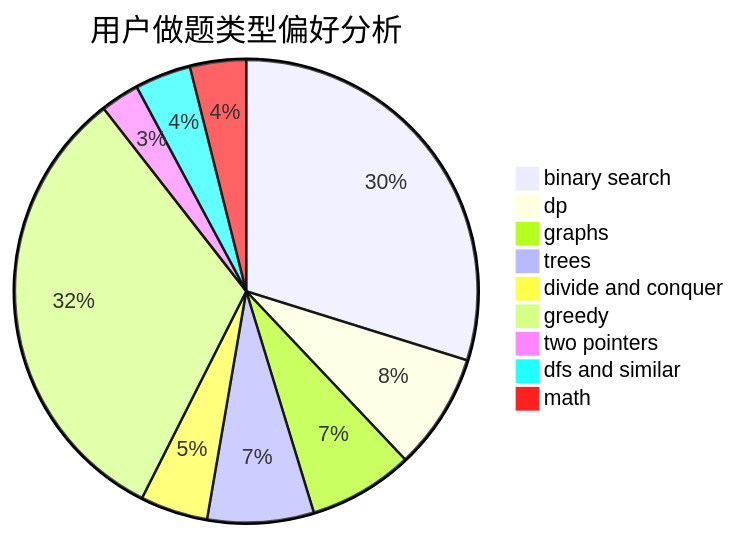
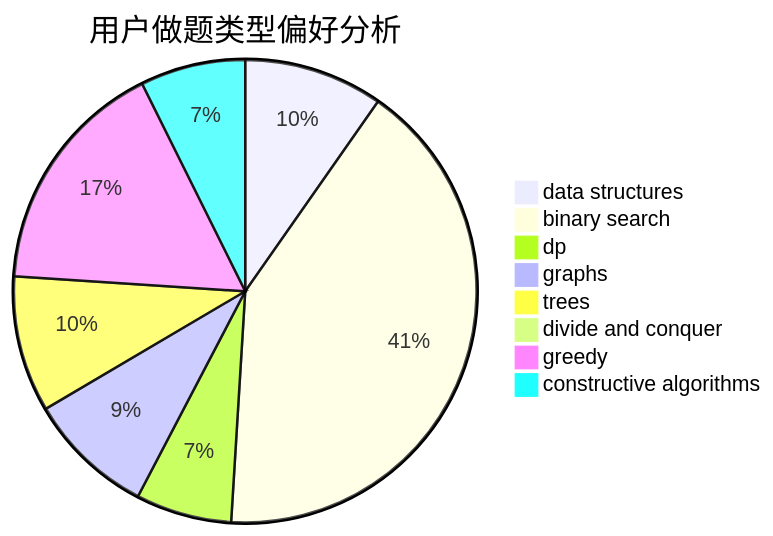
One commit to sherpahu/cfrs.github.io changed the second of 3 diagrams in docs/user/u2494.md. Above: the diagram before and after it, drawn with Mermaid. The commit also changed other lines of this file and 2775 other files, not shown here.

````diff
--- a/docs/user/u2494.md
+++ b/docs/user/u2494.md
@@ -23,12 +23,11 @@
 ```mermaid
 pie title 用户做题类型偏好分析
-    "binary search" :  297
-    "dp" :  81
-    "graphs" :  73
-    "trees" :  74
-    "divide and conquer" :  47
-    "greedy" :  319
-    "two pointers" :  27
-    "dfs and similar" :  39
-    "math" :  39
+    "data structures" :  45
+    "binary search" :  191
+    "dp" :  31
+    "graphs" :  41
+    "trees" :  44
+    "divide and conquer" :  0
+    "greedy" :  77
+    "constructive algorithms" :  34
 ```
````
